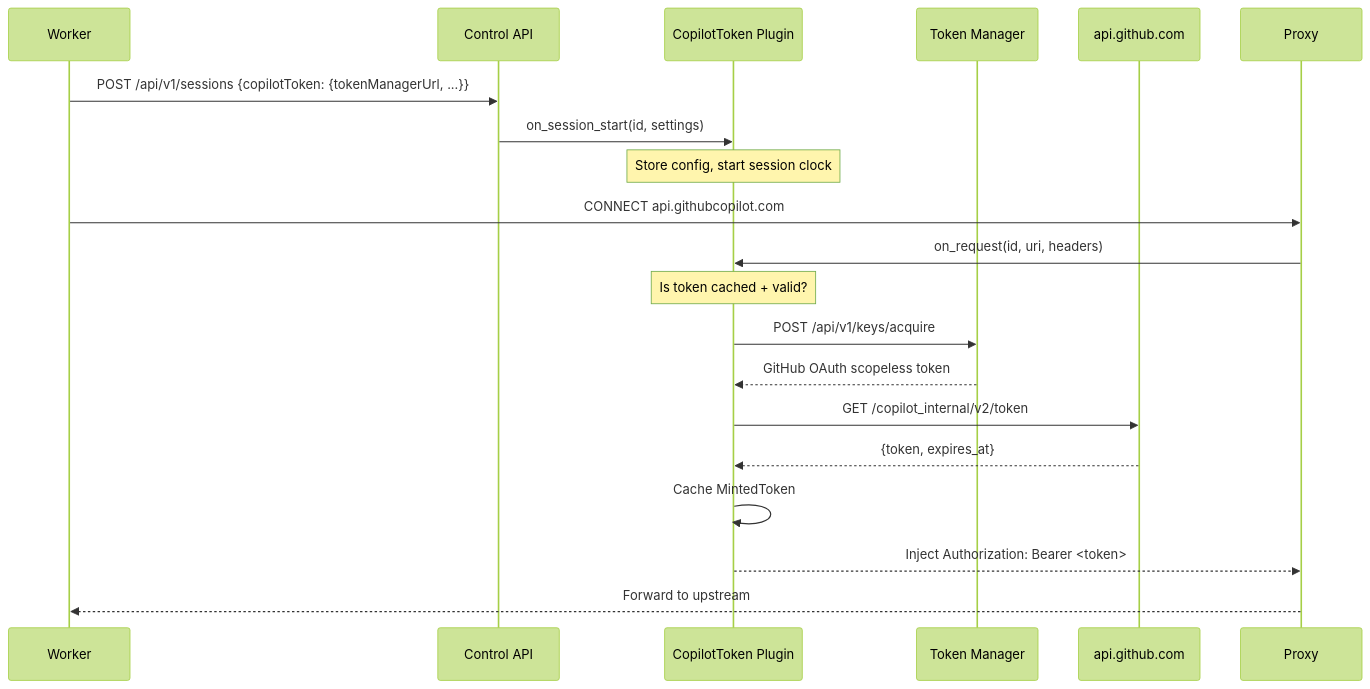
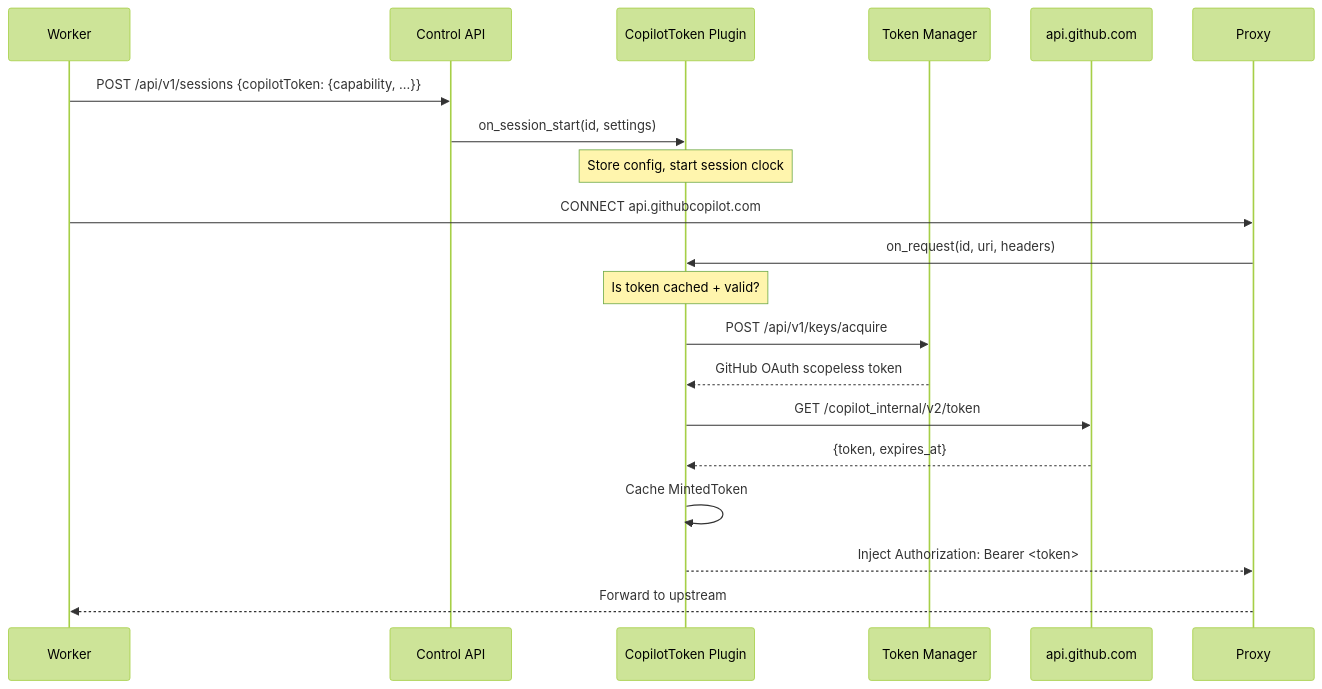
Before and after one commit to Gile987/scope: the fourth of 5 diagrams in docs/architecture/ai-gateway.md, drawn with Mermaid (forest theme). The commit also changed other lines of this file and 19 other files, not shown here.

First line of the commit message:
feat(gateway): HAR blob streaming, Redis session persistence, and copilot token resilience (#742)

````diff
--- a/docs/architecture/ai-gateway.md
+++ b/docs/architecture/ai-gateway.md
@@ -205,23 +225,23 @@
 ```mermaid
 sequenceDiagram
     participant W as Worker
     participant API as Control API
     participant CT as CopilotToken Plugin
     participant TM as Token Manager
     participant GH as api.github.com
 
-    W->>API: POST /api/v1/sessions {copilotToken: {tokenManagerUrl, ...}}
+    W->>API: POST /api/v1/sessions {copilotToken: {capability, ...}}
     API->>CT: on_session_start(id, settings)
     Note over CT: Store config, start session clock
 
     W->>Proxy: CONNECT api.githubcopilot.com
     Proxy->>CT: on_request(id, uri, headers)
     Note over CT: Is token cached + valid?
     CT->>TM: POST /api/v1/keys/acquire
     TM-->>CT: GitHub OAuth scopeless token
     CT->>GH: GET /copilot_internal/v2/token
     GH-->>CT: {token, expires_at}
     CT->>CT: Cache MintedToken
     CT-->>Proxy: Inject Authorization: Bearer <token>
     Proxy-->>W: Forward to upstream
 ```
````
